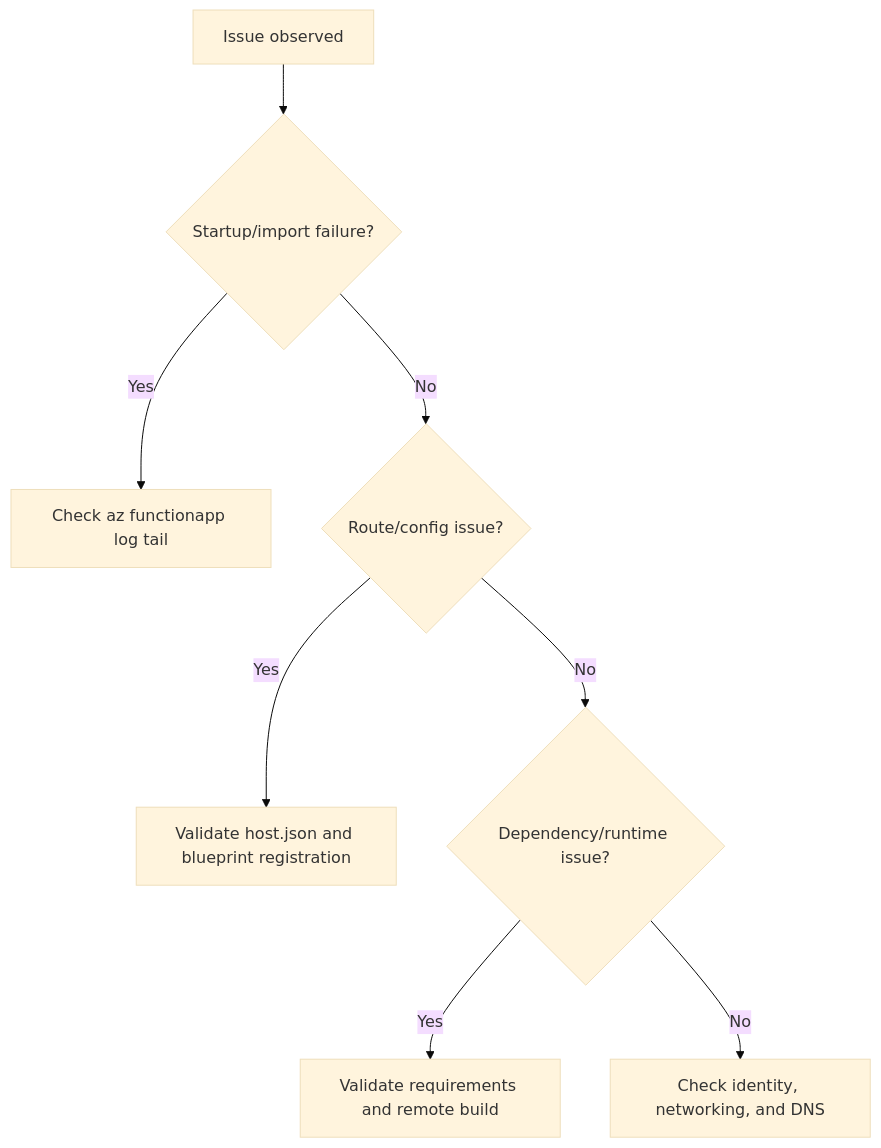
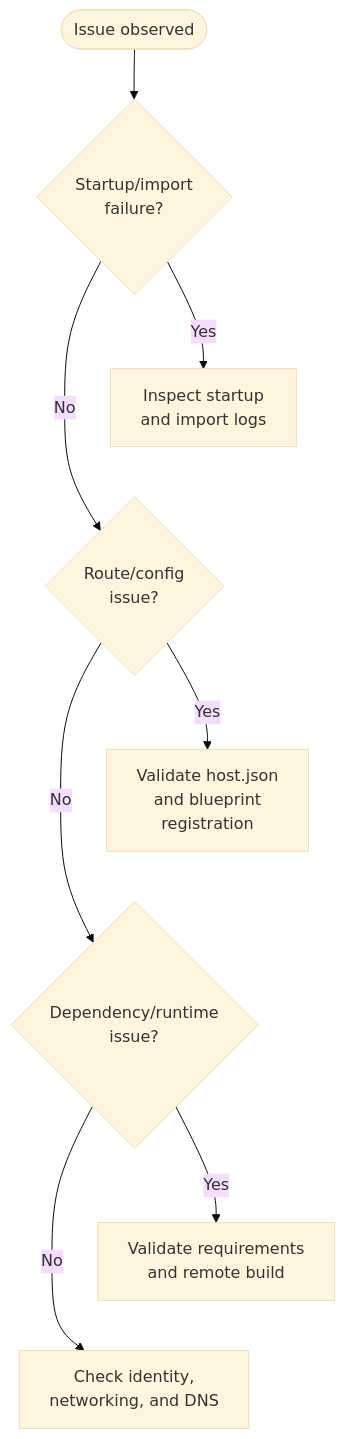
One commit to yeongseon/azure-functions-practical-guide changed the diagram in docs/language-guides/python/troubleshooting.md. Above: the diagram before and after it, drawn with Mermaid (base theme). The commit also changed other lines of this file and 1 other file, not shown here.

Commit message:
docs(diagrams): improve Python troubleshooting decision readability (#534)
* docs(diagrams): improve Python troubleshooting decision readability

Preserve all diagnostic branches while wrapping and tiering the flow.
Qualify Linux log streaming and plan-specific Python build investigation.

Refs #357

* docs(diagrams): record Python troubleshooting migration status

Refresh only the owned troubleshooting inventory record after measured
rendering and labelled directed-graph preservation checks.

Refs #357

---------

````diff
--- a/docs/language-guides/python/troubleshooting.md
+++ b/docs/language-guides/python/troubleshooting.md
@@ -23,10 +27,16 @@
 ```mermaid
 flowchart TD
-    A[Issue observed] --> B{"Startup/import failure?"}
-    B -->|Yes| C[Check az functionapp log tail]
-    B -->|No| D{"Route/config issue?"}
-    D -->|Yes| E[Validate host.json and blueprint registration]
-    D -->|No| F{"Dependency/runtime issue?"}
-    F -->|Yes| G[Validate requirements and remote build]
-    F -->|No| H[Check identity, networking, and DNS]
+    accTitle: Python v2 troubleshooting decision flow
+    accDescr: Illustrative triage. Startup or import failure leads to startup and import logs; otherwise check route or configuration, then dependencies or runtime. Yes branches select host.json and blueprint registration, or requirements and remote build; the final No branch checks identity, networking and DNS. These are investigation paths, not confirmed causes.
+    A([Issue observed]) --> B{"Startup/import<br/>failure?"}
+    B -->|Yes| C["Inspect startup<br/>and import logs"]
+    B -->|No| D{"Route/config<br/>issue?"}
+    D -->|Yes| E["Validate host.json<br/>and blueprint<br/>registration"]
+    D -->|No| F{"Dependency/runtime<br/>issue?"}
+    F -->|Yes| G["Validate requirements<br/>and remote build"]
+    F -->|No| H["Check identity,<br/>networking, and DNS"]
+    %% Layout-only links serialize outcomes; they add no diagnostic steps or arrows.
+    C ~~~ D
+    E ~~~ F
+    G ~~~ H
 ```
````
